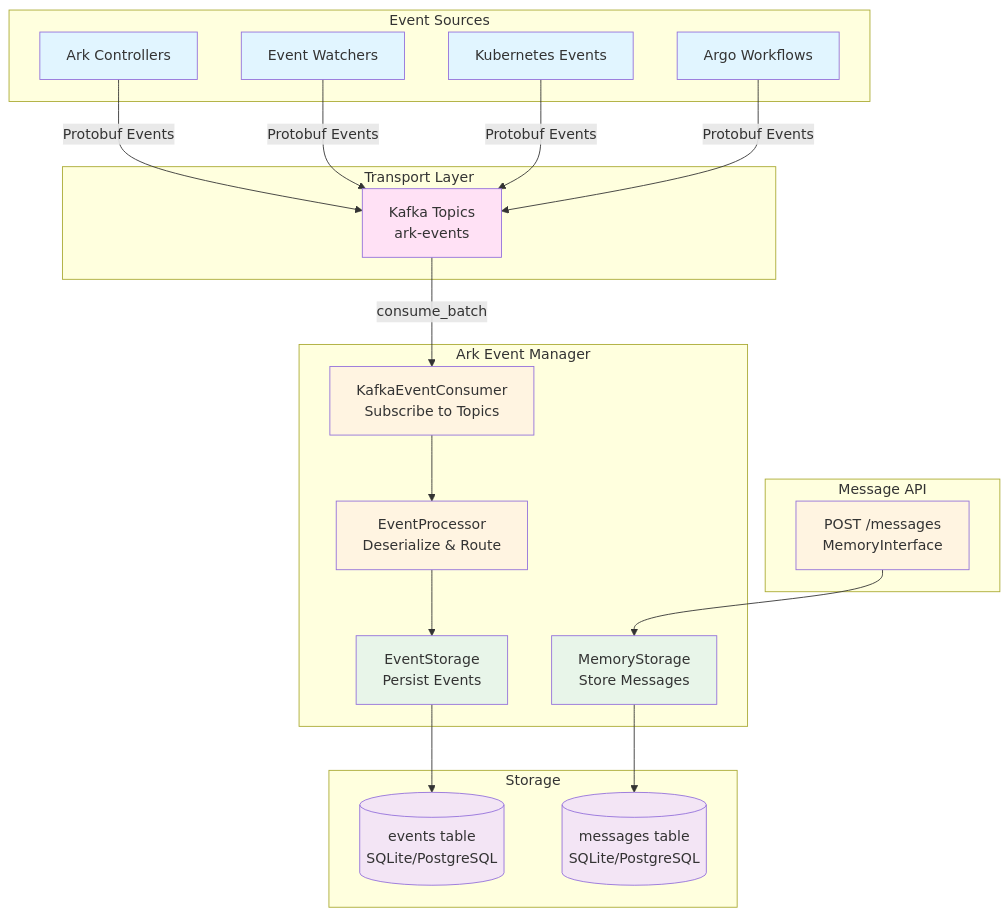
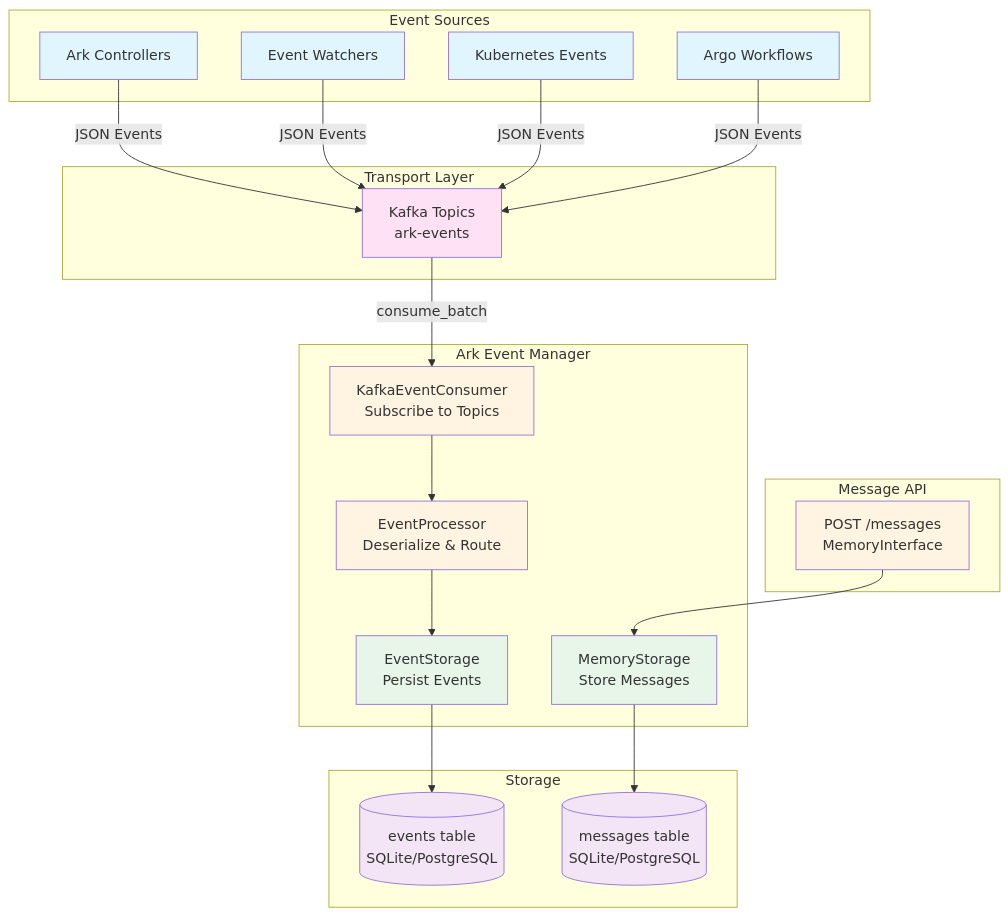
The second of 4 diagrams in services/ark-event-manager/ark-event-manager/ARCHITECTURE.md (mckinsey/agents-at-scale-ark), drawn with Mermaid before and after one commit. The commit also changed other lines of this file and 10 other files, not shown here.

````diff
--- a/services/ark-event-manager/ark-event-manager/ARCHITECTURE.md
+++ b/services/ark-event-manager/ark-event-manager/ARCHITECTURE.md
@@ -117,55 +117,55 @@
 ```mermaid
 graph TB
     subgraph "Event Sources"
         Controllers[Ark Controllers]
         Watchers[Event Watchers]
         K8s[Kubernetes Events]
         Argo[Argo Workflows]
     end
 
     subgraph "Transport Layer"
         Kafka[Kafka Topics<br/>ark-events]
     end
 
     subgraph "Ark Event Manager"
         Consumer[KafkaEventConsumer<br/>Subscribe to Topics]
         Processor[EventProcessor<br/>Deserialize & Route]
         EventStorage[EventStorage<br/>Persist Events]
         MemoryStorage[MemoryStorage<br/>Store Messages]
     end
 
     subgraph "Storage"
         EventsTable[(events table<br/>SQLite/PostgreSQL)]
         MessagesTable[(messages table<br/>SQLite/PostgreSQL)]
     end
 
     subgraph "Message API"
         MessageAPI[POST /messages<br/>MemoryInterface]
     end
 
-    Controllers -->|Protobuf Events| Kafka
-    Watchers -->|Protobuf Events| Kafka
-    K8s -->|Protobuf Events| Kafka
-    Argo -->|Protobuf Events| Kafka
+    Controllers -->|JSON Events| Kafka
+    Watchers -->|JSON Events| Kafka
+    K8s -->|JSON Events| Kafka
+    Argo -->|JSON Events| Kafka
 
     Kafka -->|consume_batch| Consumer
     Consumer --> Processor
     Processor --> EventStorage
     EventStorage --> EventsTable
 
     MessageAPI --> MemoryStorage
     MemoryStorage --> MessagesTable
 
     style Controllers fill:#e1f5ff
     style Watchers fill:#e1f5ff
     style K8s fill:#e1f5ff
     style Argo fill:#e1f5ff
     style Kafka fill:#ffe1f5
     style Consumer fill:#fff4e1
     style Processor fill:#fff4e1
     style EventStorage fill:#e8f5e9
     style MemoryStorage fill:#e8f5e9
     style EventsTable fill:#f3e5f5
     style MessagesTable fill:#f3e5f5
     style MessageAPI fill:#fff4e1
 ```
````
